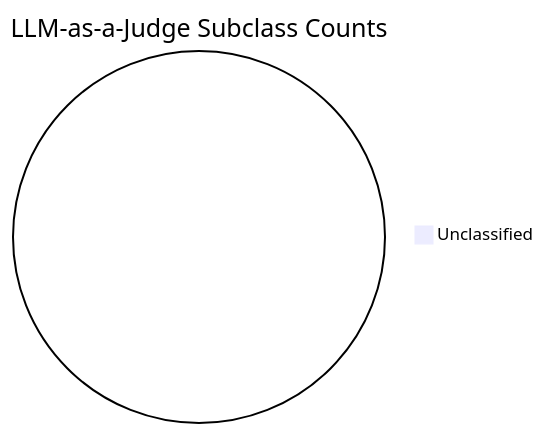
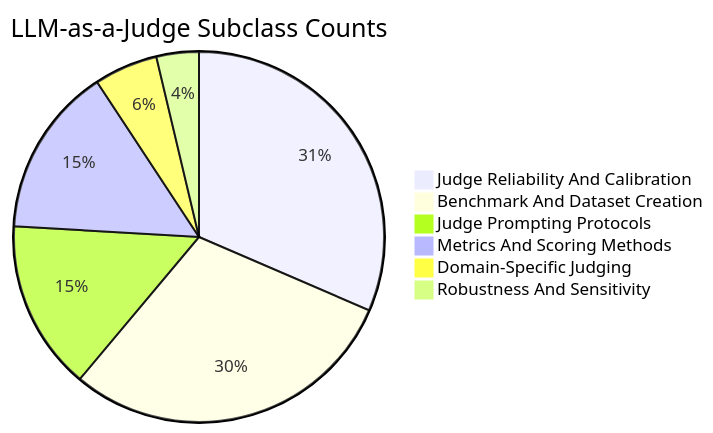
The first of 3 diagrams in README.md (inoue0426/llm-judge-research-tracker), drawn with Mermaid before and after one commit. The commit also changed other lines of this file and 94 other files, not shown here.

````diff
--- a/README.md
+++ b/README.md
@@ -23,4 +20,9 @@
 ```mermaid
 pie title LLM-as-a-Judge Subclass Counts
-    "Unclassified" : 0
+    "Judge Reliability And Calibration" : 17
+    "Benchmark And Dataset Creation" : 16
+    "Judge Prompting Protocols" : 8
+    "Metrics And Scoring Methods" : 8
+    "Domain-Specific Judging" : 3
+    "Robustness And Sensitivity" : 2
 ```
````
